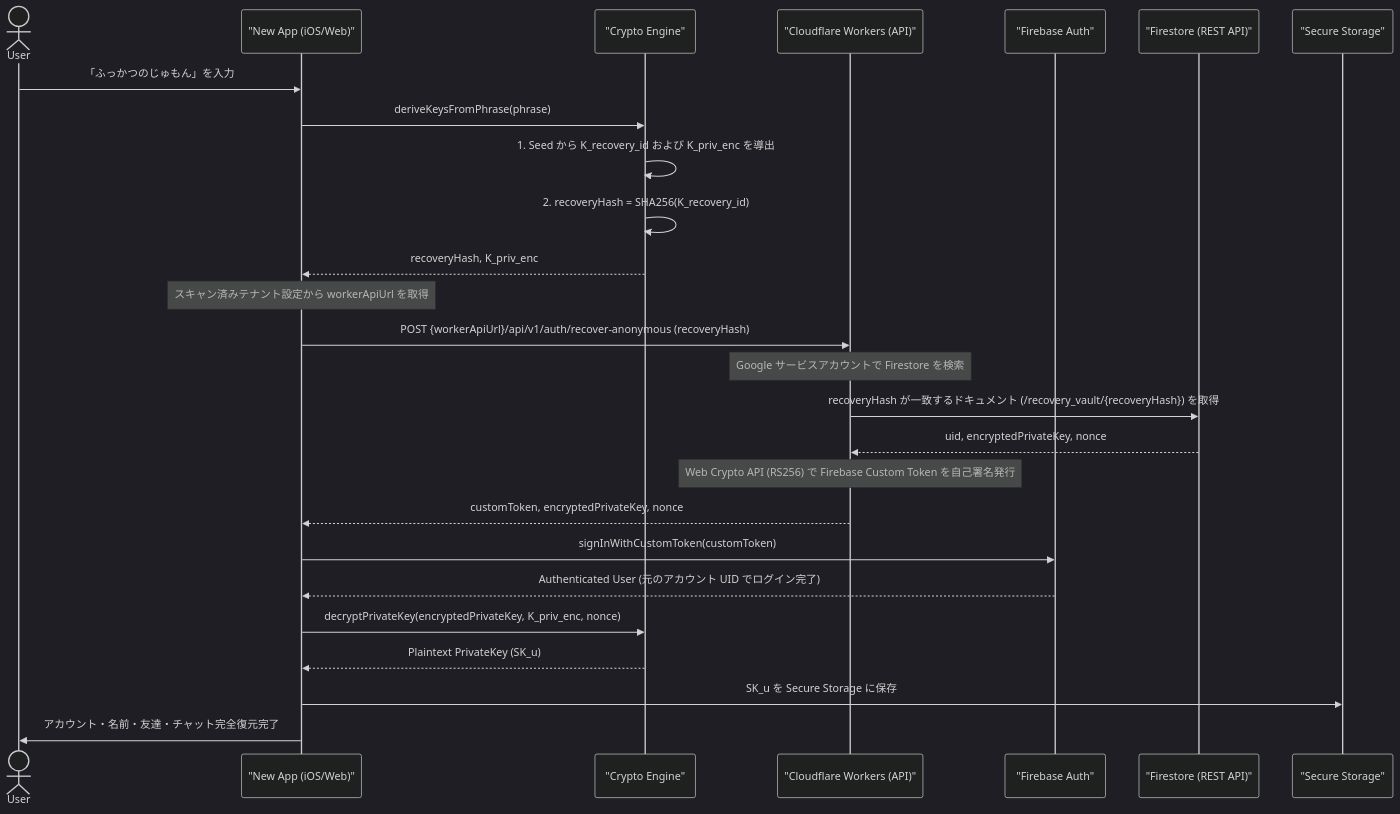
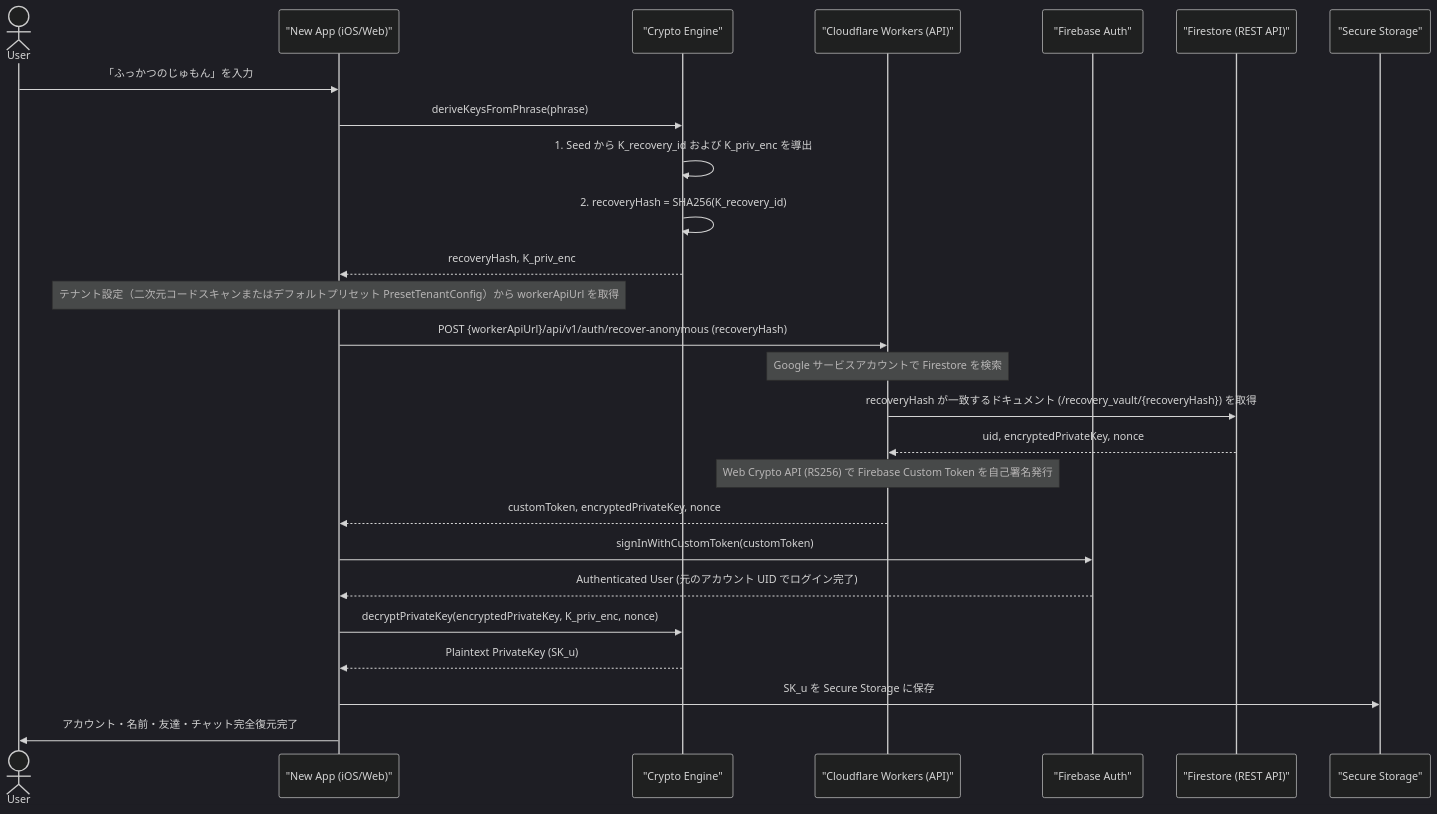
One commit to kantowork/friends changed the second of 2 diagrams in doc/07-detailed-usecases/07-04-device-recovery.md. Above: the diagram before and after it, drawn with Mermaid (dark theme). The commit also changed other lines of this file and 73 other files, not shown here.

````diff
--- a/doc/07-detailed-usecases/07-04-device-recovery.md
+++ b/doc/07-detailed-usecases/07-04-device-recovery.md
@@ -69,33 +69,33 @@
 ```mermaid
 sequenceDiagram
     actor User
     participant NewApp as "New App (iOS/Web)"
     participant CryptoLib as "Crypto Engine"
     participant Workers as "Cloudflare Workers (API)"
     participant FirebaseAuth as "Firebase Auth"
     participant Firestore as "Firestore (REST API)"
     participant SecureStorage as "Secure Storage"
 
     User->>NewApp: 「ふっかつのじゅもん」を入力
     NewApp->>CryptoLib: deriveKeysFromPhrase(phrase)
     CryptoLib->>CryptoLib: 1. Seed から K_recovery_id および K_priv_enc を導出
     CryptoLib->>CryptoLib: 2. recoveryHash = SHA256(K_recovery_id)
     CryptoLib-->>NewApp: recoveryHash, K_priv_enc
 
-    Note over NewApp: スキャン済みテナント設定から workerApiUrl を取得
+    Note over NewApp: テナント設定（二次元コードスキャンまたはデフォルトプリセット PresetTenantConfig）から workerApiUrl を取得
     NewApp->>Workers: POST {workerApiUrl}/api/v1/auth/recover-anonymous (recoveryHash)
     Note over Workers: Google サービスアカウントで Firestore を検索
     Workers->>Firestore: recoveryHash が一致するドキュメント (/recovery_vault/{recoveryHash}) を取得
     Firestore-->>Workers: uid, encryptedPrivateKey, nonce
     Note over Workers: Web Crypto API (RS256) で Firebase Custom Token を自己署名発行
     Workers-->>NewApp: customToken, encryptedPrivateKey, nonce
 
     NewApp->>FirebaseAuth: signInWithCustomToken(customToken)
     FirebaseAuth-->>NewApp: Authenticated User (元のアカウント UID でログイン完了)
 
     NewApp->>CryptoLib: decryptPrivateKey(encryptedPrivateKey, K_priv_enc, nonce)
     CryptoLib-->>NewApp: Plaintext PrivateKey (SK_u)
 
     NewApp->>SecureStorage: SK_u を Secure Storage に保存
     NewApp->>User: アカウント・名前・友達・チャット完全復元完了
 ```
````
